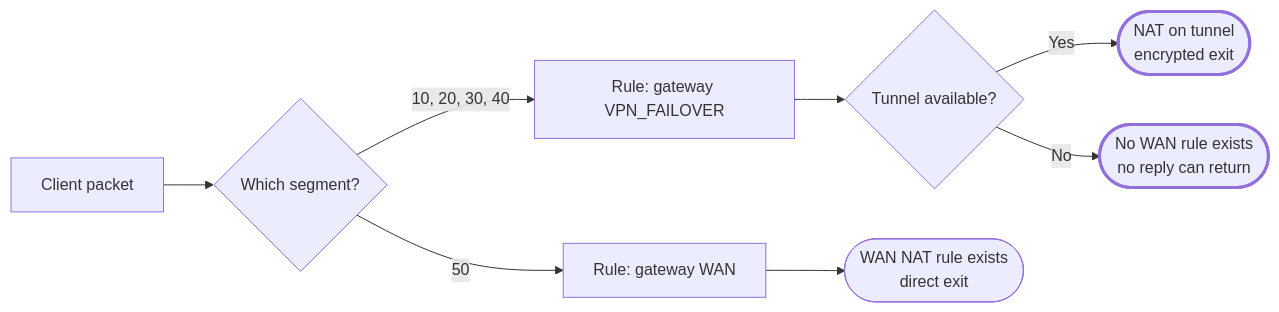
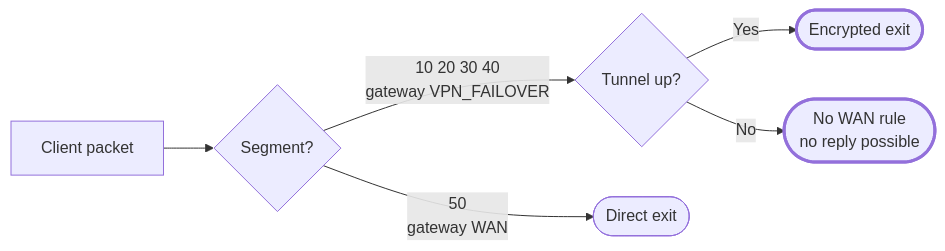
One commit to Aj-Networks/Homelab_Router-on-a-Stick changed the diagram in README.md. Above: the diagram before and after it, drawn with Mermaid.

Commit message:
style: flatten egress diagram to three levels

````diff
--- a/README.md
+++ b/README.md
@@ -104,13 +104,11 @@
 ```mermaid
 flowchart LR
-    A[Client packet] --> B{Which segment?}
-    B -->|10, 20, 30, 40| C[Rule: gateway VPN_FAILOVER]
-    B -->|50| D[Rule: gateway WAN]
-    C --> E{Tunnel available?}
-    E -->|Yes| F([NAT on tunnel<br/>encrypted exit])
-    E -->|No| G([No WAN rule exists<br/>no reply can return])
-    D --> H([WAN NAT rule exists<br/>direct exit])
+    A[Client packet] --> B{Segment?}
+    B -->|10 20 30 40<br/>gateway VPN_FAILOVER| C{Tunnel up?}
+    B -->|50<br/>gateway WAN| D([Direct exit])
+    C -->|Yes| E([Encrypted exit])
+    C -->|No| F([No WAN rule<br/>no reply possible])
 
+    style E stroke-width:3px
     style F stroke-width:3px
-    style G stroke-width:3px
 ```
````
